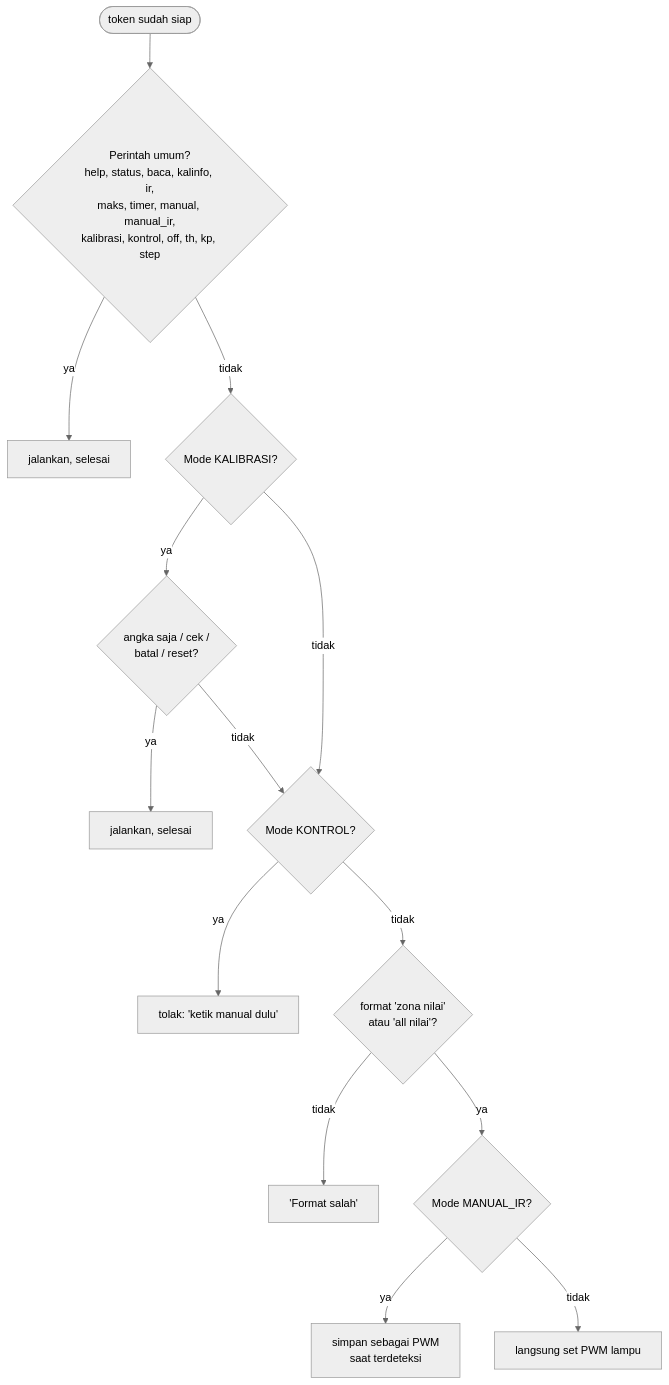
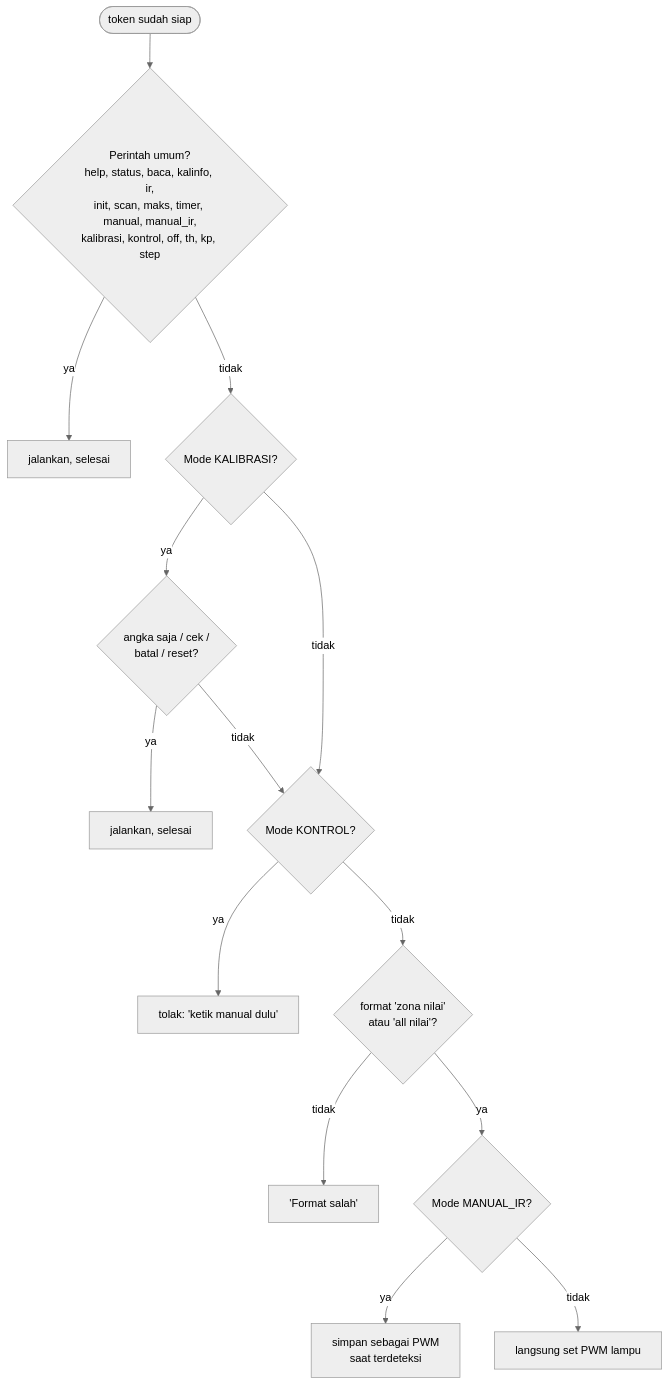
One commit to ardellrasen/TPT-Adaptive-Lighting changed the third of 3 diagrams in docs/learning/04-mode-dan-perintah.md. Above: the diagram before and after it, drawn with Mermaid (neutral theme). The commit also changed 20 other files, not shown here.

````diff
--- a/docs/learning/04-mode-dan-perintah.md
+++ b/docs/learning/04-mode-dan-perintah.md
@@ -81,16 +81,16 @@
 ```mermaid
 flowchart TD
-    S([token sudah siap]) --> U{"Perintah umum?<br/>help, status, baca, kalinfo, ir,<br/>maks, timer, manual, manual_ir,<br/>kalibrasi, kontrol, off, th, kp, step"}
+    S([token sudah siap]) --> U{"Perintah umum?<br/>help, status, baca, kalinfo, ir,<br/>init, scan, maks, timer, manual, manual_ir,<br/>kalibrasi, kontrol, off, th, kp, step"}
     U -- ya --> UX[jalankan, selesai]
     U -- tidak --> K{"Mode KALIBRASI?"}
     K -- ya --> KX{"angka saja / cek /<br/>batal / reset?"}
     KX -- ya --> KY[jalankan, selesai]
     KX -- tidak --> P
     K -- tidak --> P{"Mode KONTROL?"}
     P -- ya --> PX["tolak: 'ketik manual dulu'"]
     P -- tidak --> Z{"format 'zona nilai'<br/>atau 'all nilai'?"}
     Z -- tidak --> ZX["'Format salah'"]
     Z -- ya --> IR{"Mode MANUAL_IR?"}
     IR -- ya --> IRX["simpan sebagai PWM<br/>saat terdeteksi"]
     IR -- tidak --> MX["langsung set PWM lampu"]
 ```
````
